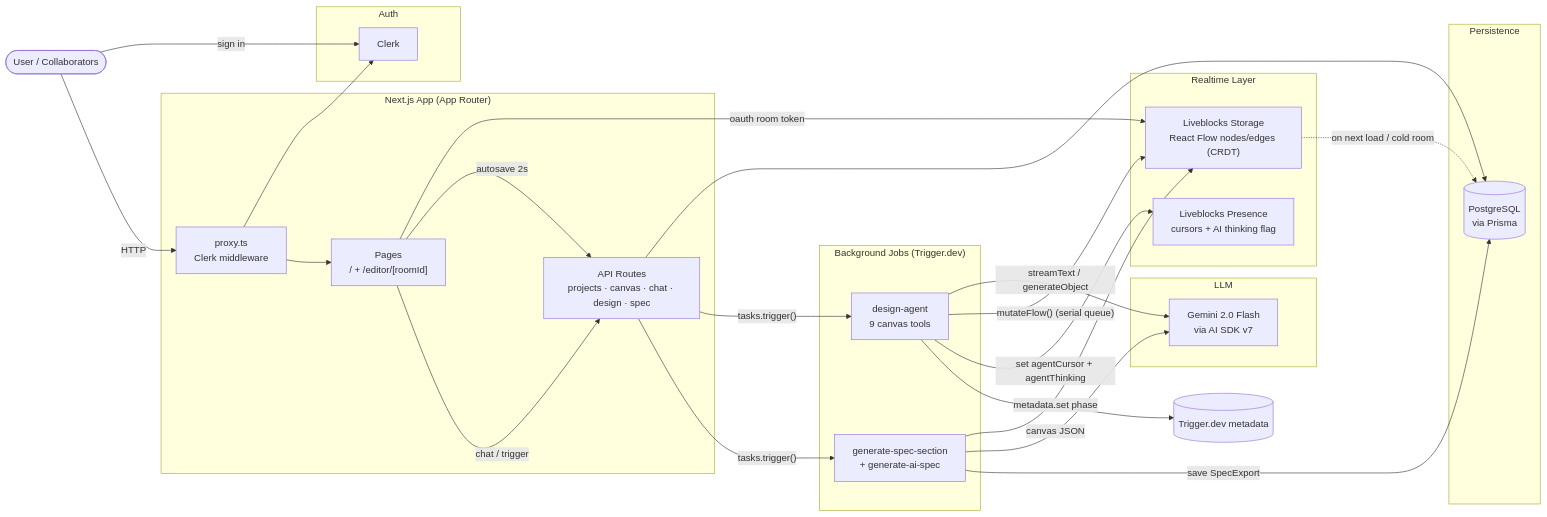
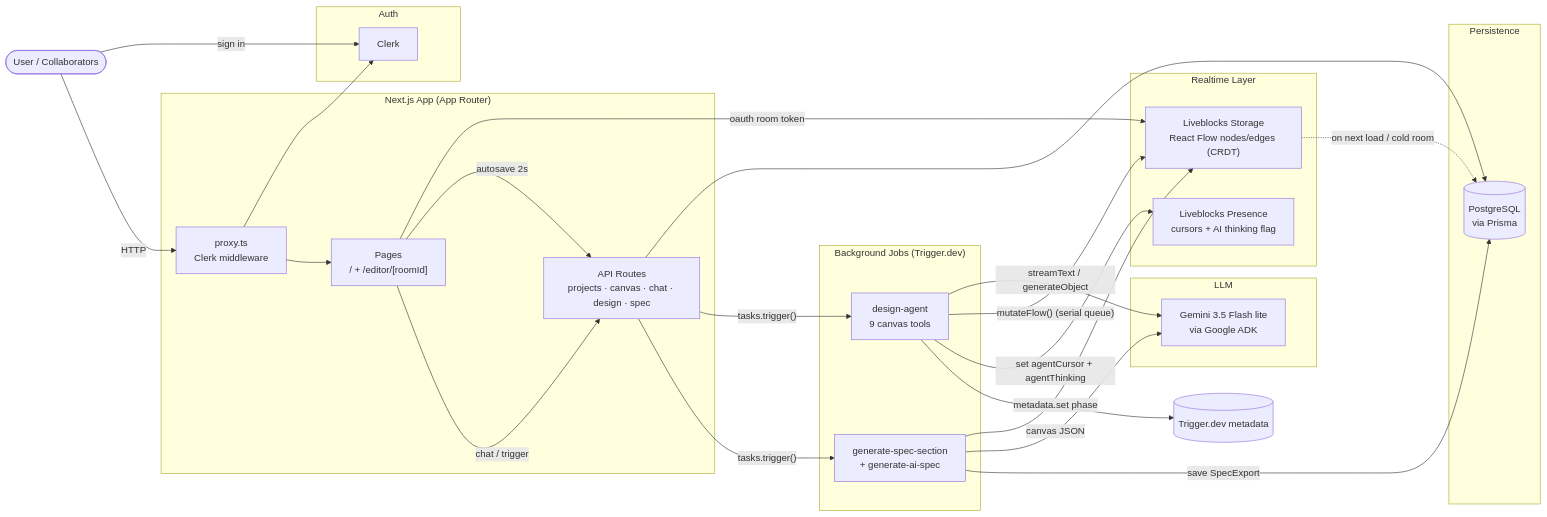
The diagram in README.md (AmanTechWiz/KubeCanvas), drawn with Mermaid before and after one commit. The commit also changed other lines of this file, not shown here.

First line of the commit message:
Update README for Gemini AI model changes

````diff
--- a/README.md
+++ b/README.md
@@ -52,54 +52,54 @@
 ```mermaid
 flowchart LR
     User(["User / Collaborators"])
 
     subgraph App["Next.js App (App Router)"]
         Pages["Pages<br/>/ + /editor/[roomId]"]
         Proxy["proxy.ts<br/>Clerk middleware"]
         API["API Routes<br/>projects · canvas · chat · design · spec"]
     end
 
     subgraph Realtime["Realtime Layer"]
         LBStorage["Liveblocks Storage<br/>React Flow nodes/edges (CRDT)"]
         LBPresence["Liveblocks Presence<br/>cursors + AI thinking flag"]
     end
 
     subgraph Data["Persistence"]
         PG[("PostgreSQL<br/>via Prisma")]
     end
 
     subgraph Auth["Auth"]
         Clerk["Clerk"]
     end
 
     subgraph Background["Background Jobs (Trigger.dev)"]
         DesignAgent["design-agent<br/>9 canvas tools"]
         SpecGen["generate-spec-section<br/>+ generate-ai-spec"]
     end
 
     subgraph LLM["LLM"]
-        Gemini["Gemini 2.0 Flash<br/>via AI SDK v7"]
+        Gemini["Gemini 3.5 Flash lite<br/>via Google ADK"]
     end
 
     User -->|sign in| Clerk
     User -->|HTTP| Proxy
     Proxy --> Clerk
     Proxy --> Pages
     Pages -->|oauth room token| LBStorage
     Pages -->|autosave 2s| API
     API --> PG
     Pages -->|chat / trigger| API
     API -->|"tasks.trigger()"| DesignAgent
 
     DesignAgent -->|"streamText / generateObject"| Gemini
     DesignAgent -->|"mutateFlow() (serial queue)"| LBStorage
     DesignAgent -->|set agentCursor + agentThinking| LBPresence
     DesignAgent -->|metadata.set phase| TriggerMeta[("Trigger.dev metadata")]
 
     API -->|"tasks.trigger()"| SpecGen
     SpecGen -->|canvas JSON| LBStorage
     SpecGen --> Gemini
     SpecGen -->|save SpecExport| PG
 
     LBStorage -.->|on next load / cold room| PG
 ```
````
